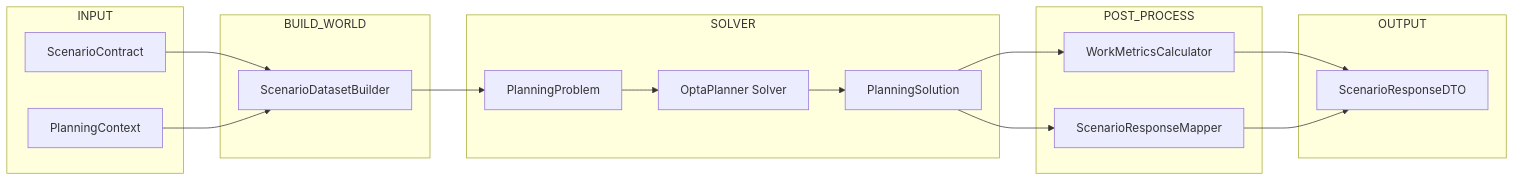
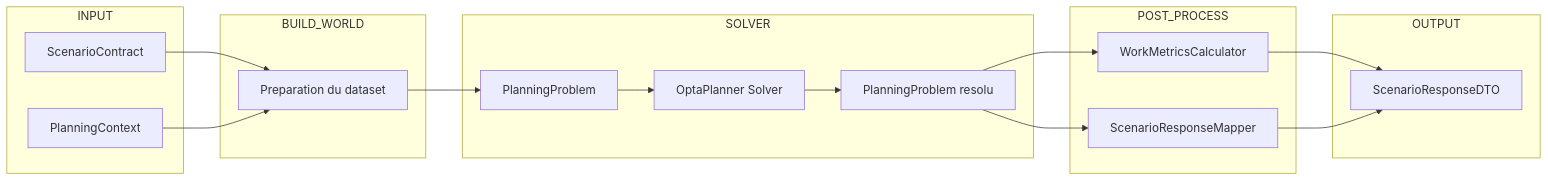
One commit to cpovereau/ocealia-planning-engine changed the second of 2 diagrams in docs/20_ARCHITECTURE_MOTEUR.md. Above: the diagram before and after it, drawn with Mermaid. The commit also changed other lines of this file and 15 other files, not shown here.

````diff
--- a/docs/20_ARCHITECTURE_MOTEUR.md
+++ b/docs/20_ARCHITECTURE_MOTEUR.md
@@ -63,44 +69,44 @@
 ```mermaid
 flowchart LR
 
 subgraph INPUT
 A[ScenarioContract]
 B[PlanningContext]
 end
 
 subgraph BUILD_WORLD
-C[ScenarioDatasetBuilder]
+C[Preparation du dataset]
 end
 
 subgraph SOLVER
 D[PlanningProblem]
 E[OptaPlanner Solver]
-F[PlanningSolution]
+F[PlanningProblem resolu]
 end
 
 subgraph POST_PROCESS
 G[WorkMetricsCalculator]
 H[ScenarioResponseMapper]
 end
 
 subgraph OUTPUT
 I[ScenarioResponseDTO]
 end
 
 A --> C
 B --> C
 
 C --> D
 
 D --> E
 
 E --> F
 
 F --> G
 
 F --> H
 
 G --> I
 
 H --> I
 ```
````
